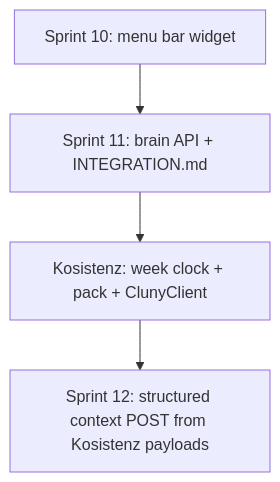
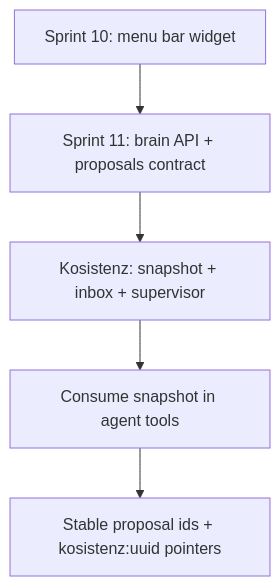
One commit to fresn3l/Cluny_the_AI_Agent changed the second of 2 diagrams in Sprints_11.md. Above: the diagram before and after it, drawn with Mermaid. The commit also changed other lines of this file and 3 other files, not shown here.

First line of the commit message:
Align integration docs with Kosistenz brain-and-proposals contract.

````diff
--- a/Sprints_11.md
+++ b/Sprints_11.md
@@ -159,11 +227,13 @@
 ```mermaid
 flowchart TD
     S10[Sprint 10: menu bar widget]
-    S11[Sprint 11: brain API + INTEGRATION.md]
-    K[Kosistenz: week clock + pack + ClunyClient]
-    S12[Sprint 12: structured context POST from Kosistenz payloads]
+    S11[Sprint 11: brain API + proposals contract]
+    K[Kosistenz: snapshot + inbox + supervisor]
+    S12[Consume snapshot in agent tools]
+    S13[Stable proposal ids + kosistenz:uuid pointers]
 
     S10 --> S11
     S11 --> K
     K --> S12
+    S12 --> S13
 ```
````
